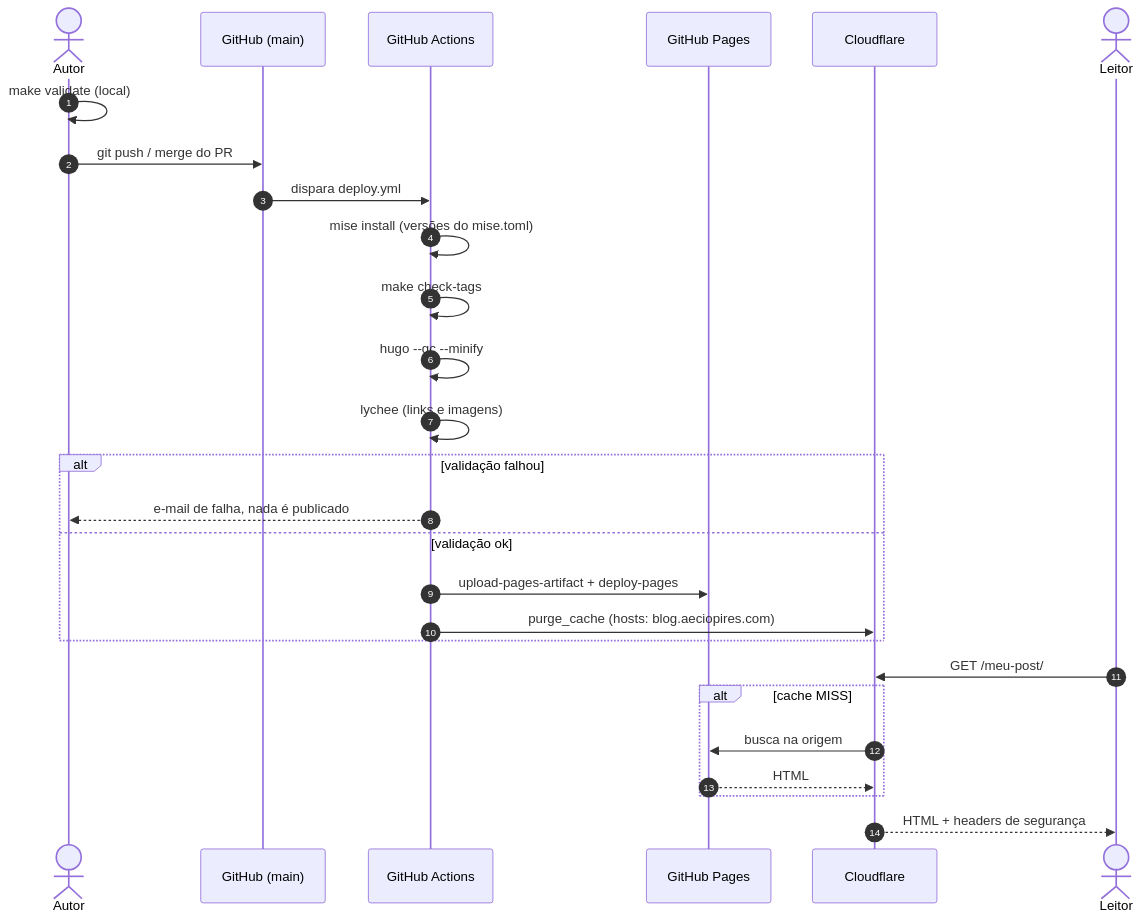
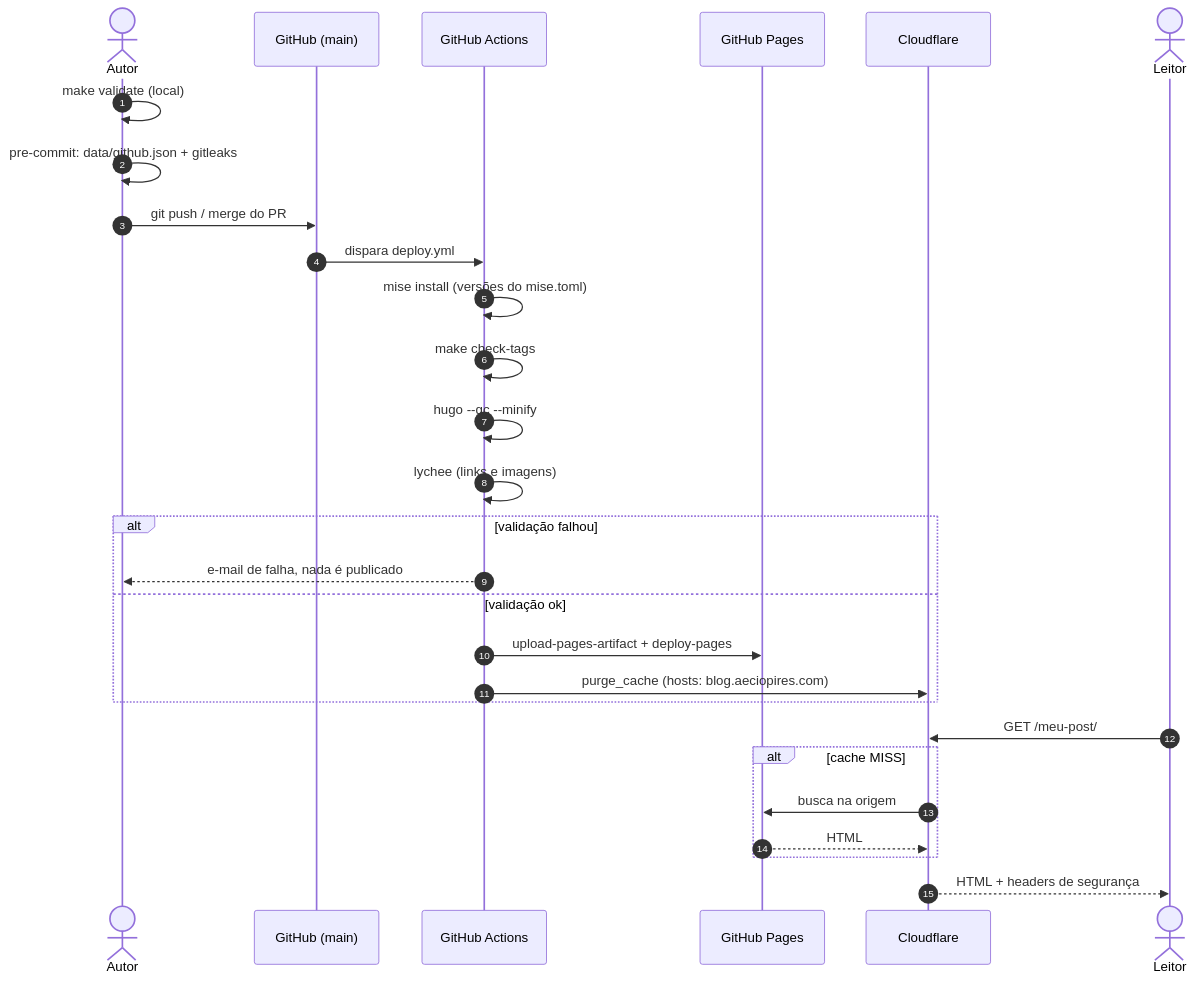
The second of 5 diagrams in docs/ARCHITECTURE.md (aeciopires/blog-aeciopires), drawn with Mermaid before and after one commit. The commit also changed other lines of this file and 27 other files, not shown here.

````diff
--- a/docs/ARCHITECTURE.md
+++ b/docs/ARCHITECTURE.md
@@ -77,29 +81,30 @@
 ```mermaid
 sequenceDiagram
   autonumber
   actor Autor
   participant Repo as GitHub (main)
   participant CI as GitHub Actions
   participant Pages as GitHub Pages
   participant CF as Cloudflare
   actor Leitor
   Autor->>Autor: make validate (local)
+  Autor->>Autor: pre-commit: data/github.json + gitleaks
   Autor->>Repo: git push / merge do PR
   Repo->>CI: dispara deploy.yml
   CI->>CI: mise install (versões do mise.toml)
   CI->>CI: make check-tags
   CI->>CI: hugo --gc --minify
   CI->>CI: lychee (links e imagens)
   alt validação falhou
     CI-->>Autor: e-mail de falha, nada é publicado
   else validação ok
     CI->>Pages: upload-pages-artifact + deploy-pages
     CI->>CF: purge_cache (hosts: blog.aeciopires.com)
   end
   Leitor->>CF: GET /meu-post/
   alt cache MISS
     CF->>Pages: busca na origem
     Pages-->>CF: HTML
   end
   CF-->>Leitor: HTML + headers de segurança
 ```
````
